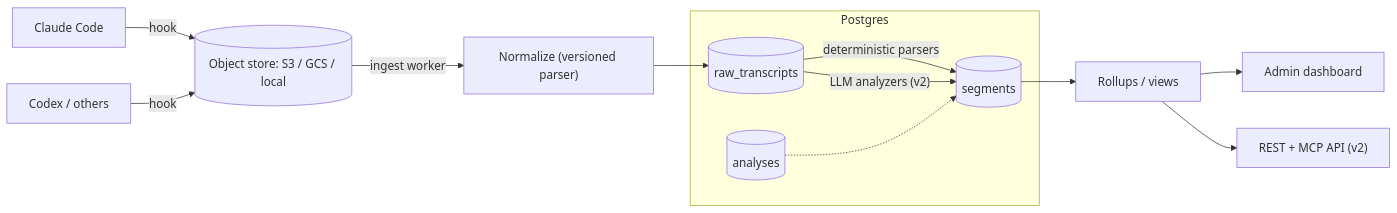
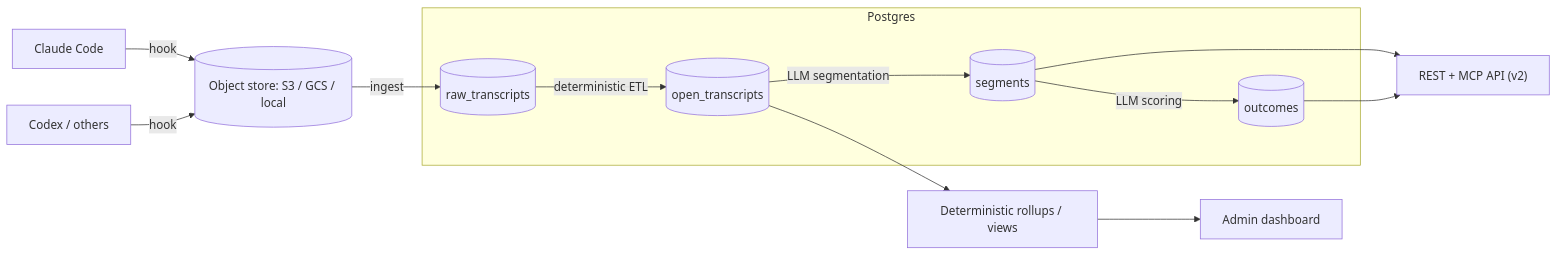
Before and after one commit to pulsemcp/switchboard: the first of 4 diagrams in docs/architecture.md, drawn with Mermaid. The commit also changed other lines of this file and 1 other file, not shown here.

First line of the commit message:
docs: model four-stage pipeline with OpenTranscripts spec

````diff
--- a/docs/architecture.md
+++ b/docs/architecture.md
@@ -14,23 +18,24 @@
 ```mermaid
 flowchart LR
   cc["Claude Code"]
   cx["Codex / others"]
   cc -->|hook| store
   cx -->|hook| store
   store[("Object store: S3 / GCS / local")]
-  store -->|ingest worker| norm["Normalize (versioned parser)"]
+  store -->|ingest| raw
 
   subgraph pg[Postgres]
     raw[(raw_transcripts)]
-    ana[(analyses)]
+    open[(open_transcripts)]
     seg[(segments)]
+    out[(outcomes)]
   end
 
-  norm --> raw
-  raw -->|deterministic parsers| seg
-  raw -->|"LLM analyzers (v2)"| seg
-  seg --> roll["Rollups / views"]
-  ana -.-> seg
+  raw -->|"deterministic ETL"| open
+  open -->|"LLM segmentation"| seg
+  seg -->|"LLM scoring"| out
+  open --> roll["Deterministic rollups / views"]
   roll --> dash["Admin dashboard"]
-  roll --> api["REST + MCP API (v2)"]
+  seg --> api["REST + MCP API (v2)"]
+  out --> api
 ```
````
